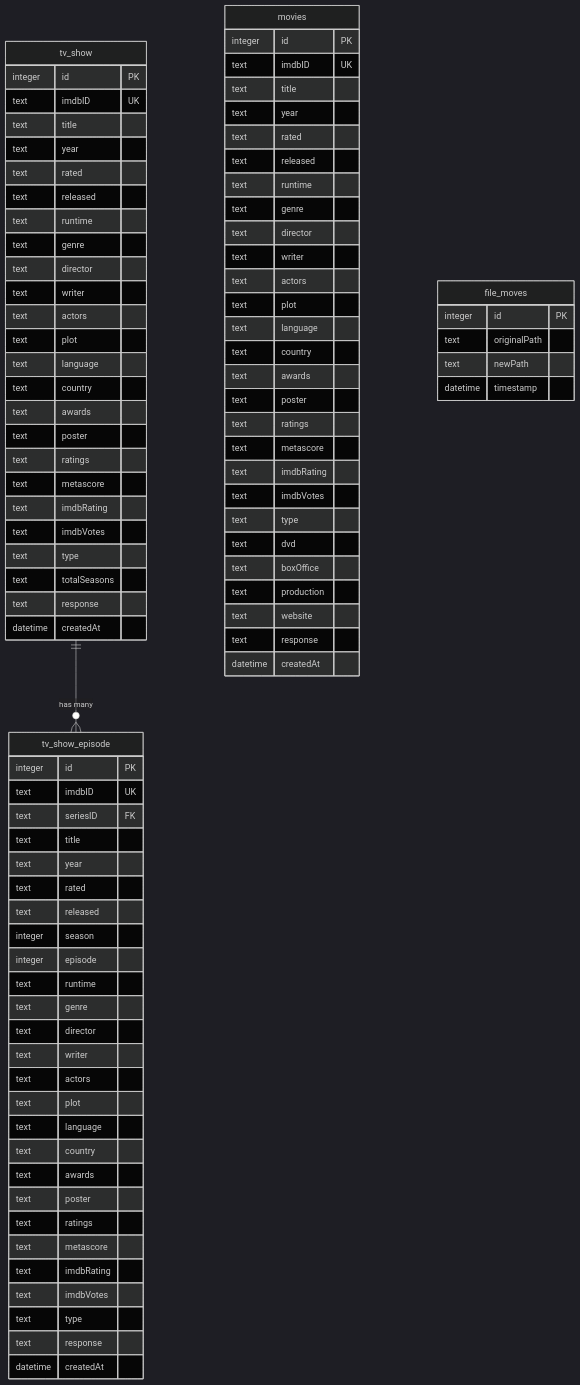
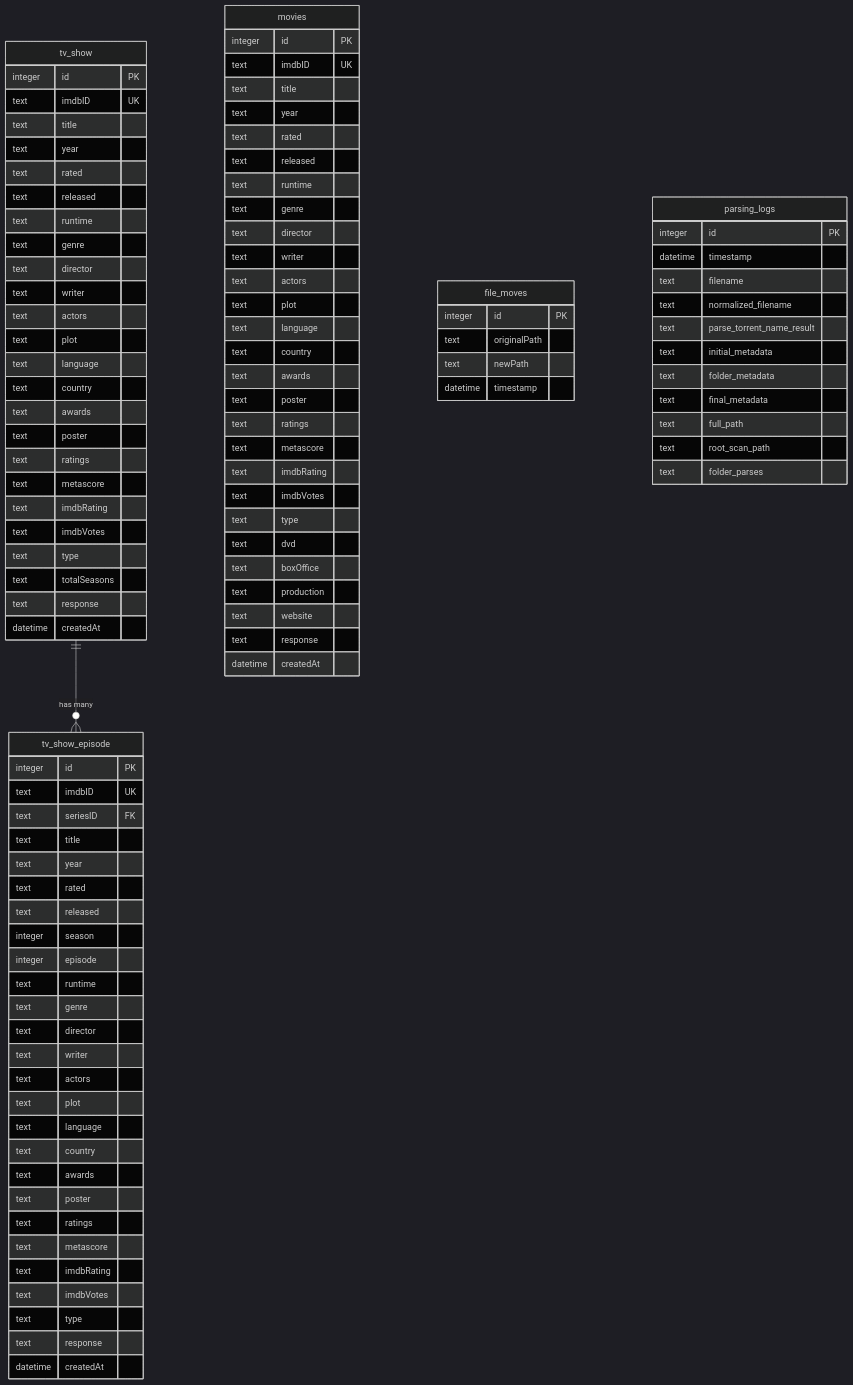
The first of 2 diagrams in ARCHITECTURE.md (andryluthfi/vorg), drawn with Mermaid (dark theme) before and after one commit. The commit also changed other lines of this file and 3 other files, not shown here.

````diff
--- a/ARCHITECTURE.md
+++ b/ARCHITECTURE.md
@@ -20,6 +20,7 @@
     tv_show ||--o{ tv_show_episode : "has many"
     movies
     file_moves
+    parsing_logs
 
     tv_show {
         integer id PK
@@ -113,4 +114,18 @@
         text newPath
         datetime timestamp
     }
+
+    parsing_logs {
+        integer id PK
+        datetime timestamp
+        text filename
+        text normalized_filename
+        text parse_torrent_name_result
+        text initial_metadata
+        text folder_metadata
+        text final_metadata
+        text full_path
+        text root_scan_path
+        text folder_parses
+    }
 ```
````
